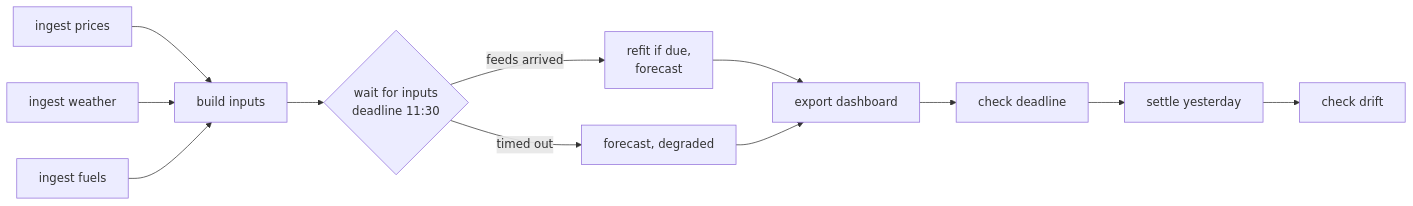
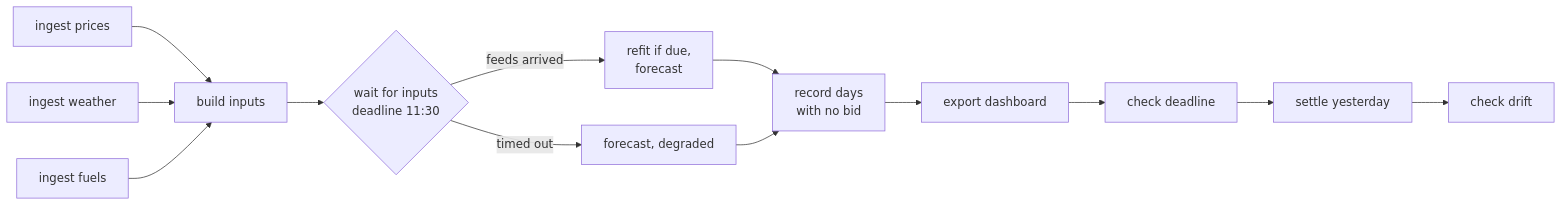
Before and after one commit to HRafiq/energy-price-forecasting-trading: the first of 2 diagrams in README.md, drawn with Mermaid. The commit also changed other lines of this file, not shown here.

````diff
--- a/README.md
+++ b/README.md
@@ -103,14 +103,15 @@
 ```mermaid
 flowchart LR
   A[ingest prices] --> D[build inputs]
   B[ingest weather] --> D
   C[ingest fuels] --> D
   D --> E{wait for inputs<br/>deadline 11:30}
   E -->|feeds arrived| F[refit if due,<br/>forecast]
   E -->|timed out| G[forecast, degraded]
-  F --> H[export dashboard]
-  G --> H
+  F --> J[record days<br/>with no bid]
+  G --> J
+  J --> H[export dashboard]
   H --> L[check deadline]
   L --> I[settle yesterday]
   I --> K[check drift]
 ```
````
